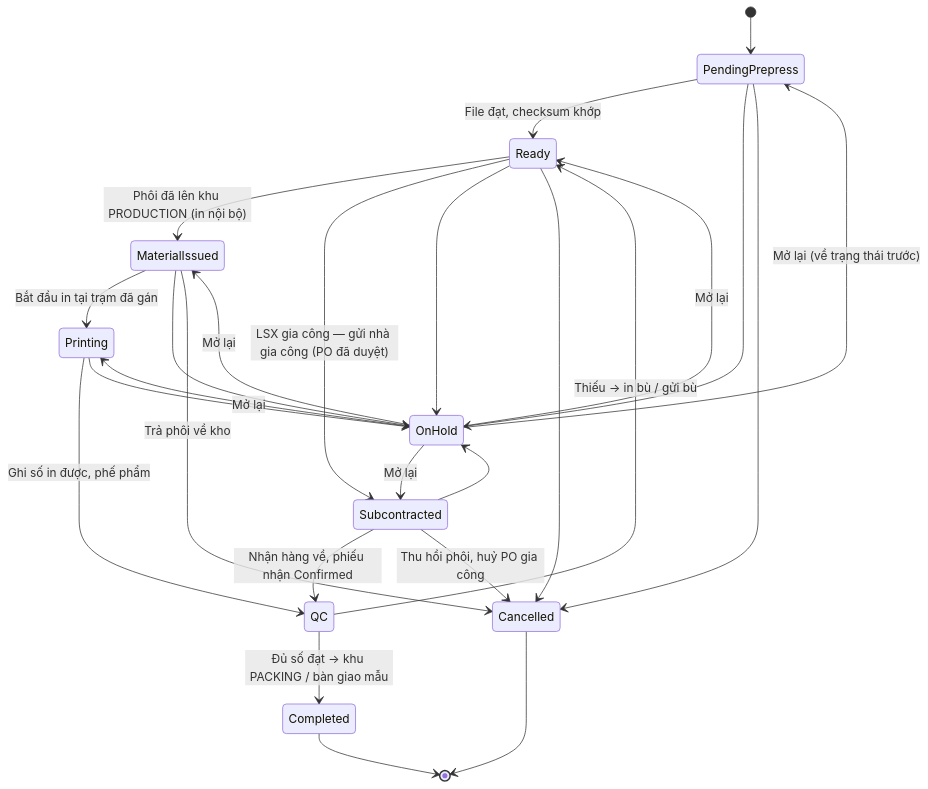
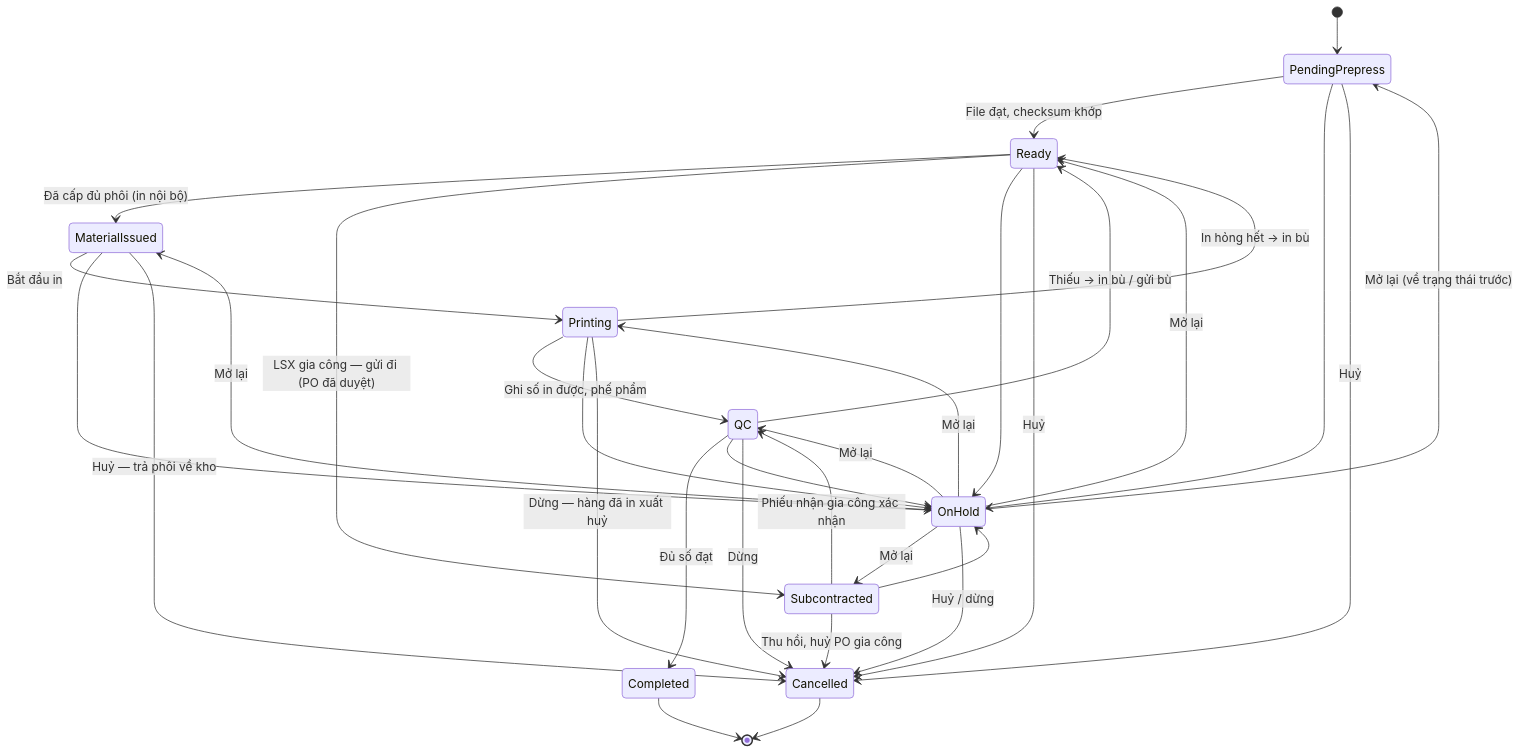
One commit to KLTN-FA26/docs changed the fifth of 12 diagrams in docs/diagrams/README.md. Above: the diagram before and after it, drawn with Mermaid. The commit also changed other lines of this file and 8 other files, not shown here.

````diff
--- a/docs/diagrams/README.md
+++ b/docs/diagrams/README.md
@@ -273,28 +273,34 @@
 ```mermaid
 stateDiagram-v2
     [*] --> PendingPrepress
     PendingPrepress --> Ready: File đạt, checksum khớp
-    Ready --> MaterialIssued: Phôi đã lên khu PRODUCTION (in nội bộ)
-    MaterialIssued --> Printing: Bắt đầu in tại trạm đã gán
+    Ready --> MaterialIssued: Đã cấp đủ phôi (in nội bộ)
+    MaterialIssued --> Printing: Bắt đầu in
     Printing --> QC: Ghi số in được, phế phẩm
-    Ready --> Subcontracted: LSX gia công — gửi nhà gia công (PO đã duyệt)
-    Subcontracted --> QC: Nhận hàng về, phiếu nhận Confirmed
-    QC --> Completed: Đủ số đạt → khu PACKING / bàn giao mẫu
+    Printing --> Ready: In hỏng hết → in bù
+    Ready --> Subcontracted: LSX gia công — gửi đi (PO đã duyệt)
+    Subcontracted --> QC: Phiếu nhận gia công xác nhận
+    QC --> Completed: Đủ số đạt
     QC --> Ready: Thiếu → in bù / gửi bù
     PendingPrepress --> OnHold
     Ready --> OnHold
     MaterialIssued --> OnHold
     Printing --> OnHold
     Subcontracted --> OnHold
+    QC --> OnHold
     OnHold --> PendingPrepress: Mở lại (về trạng thái trước)
     OnHold --> Ready: Mở lại
     OnHold --> MaterialIssued: Mở lại
     OnHold --> Printing: Mở lại
     OnHold --> Subcontracted: Mở lại
-    PendingPrepress --> Cancelled
-    Ready --> Cancelled
-    MaterialIssued --> Cancelled: Trả phôi về kho
-    Subcontracted --> Cancelled: Thu hồi phôi, huỷ PO gia công
+    OnHold --> QC: Mở lại
+    PendingPrepress --> Cancelled: Huỷ
+    Ready --> Cancelled: Huỷ
+    MaterialIssued --> Cancelled: Huỷ — trả phôi về kho
+    Printing --> Cancelled: Dừng — hàng đã in xuất huỷ
+    QC --> Cancelled: Dừng
+    Subcontracted --> Cancelled: Thu hồi, huỷ PO gia công
+    OnHold --> Cancelled: Huỷ / dừng
     Completed --> [*]
     Cancelled --> [*]
 ```
````
